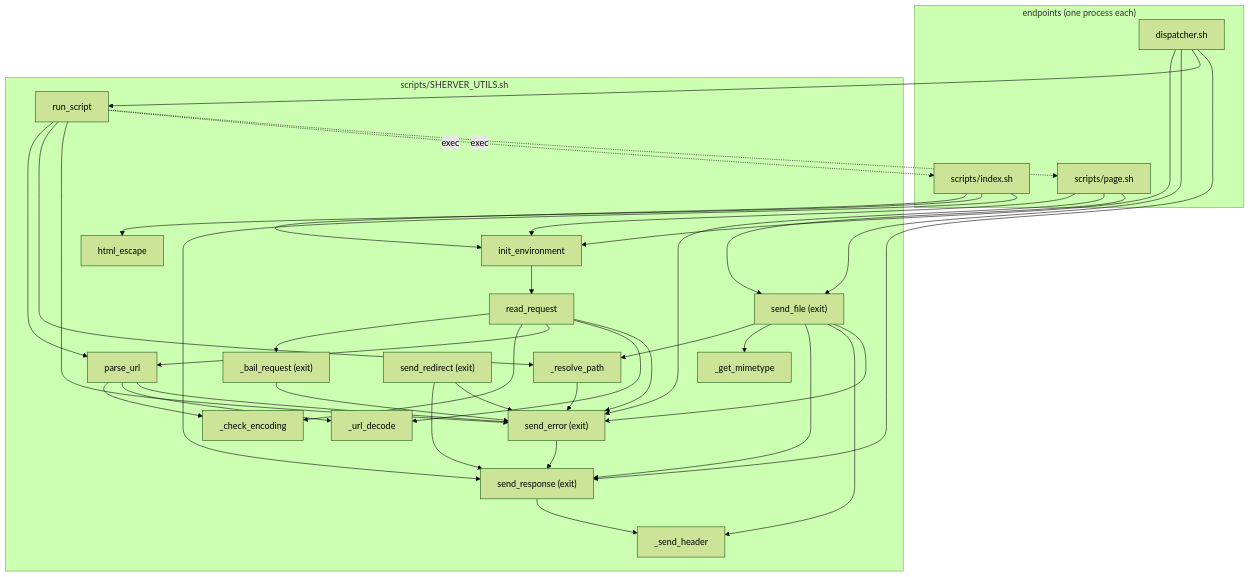
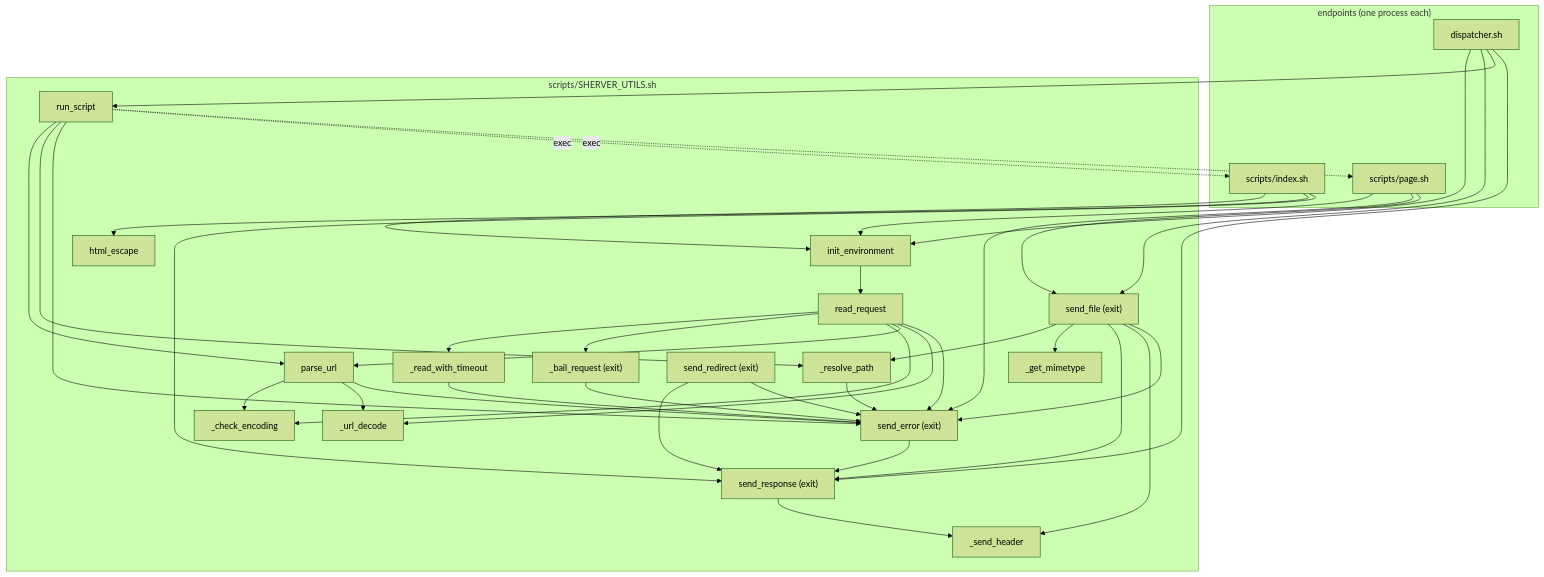
The diagram in docs/call-graph.md (remileduc/sherver), drawn with Mermaid (forest theme) before and after one commit. The commit also changed other lines of this file and 8 other files, not shown here.

````diff
--- a/docs/call-graph.md
+++ b/docs/call-graph.md
@@ -34,66 +38,69 @@
 ```mermaid
 flowchart TD
     subgraph endpoints ["endpoints (one process each)"]
         dispatcher[dispatcher.sh]
         index[scripts/index.sh]
         page[scripts/page.sh]
     end
 
     subgraph library ["scripts/SHERVER_UTILS.sh"]
         init_environment
         read_request
         bail_request["_bail_request (exit)"]
+        read_with_timeout[_read_with_timeout]
         parse_url
         check_encoding[_check_encoding]
         url_decode[_url_decode]
         resolve_path[_resolve_path]
         get_mimetype[_get_mimetype]
         html_escape
         send_header[_send_header]
         send_response["send_response (exit)"]
         send_file["send_file (exit)"]
         send_error["send_error (exit)"]
         send_redirect["send_redirect (exit)"]
         run_script
     end
 
     dispatcher --> init_environment
     dispatcher --> send_file
     dispatcher --> run_script
     dispatcher --> send_response
 
     init_environment --> read_request
+    read_request --> read_with_timeout
+    read_with_timeout --> send_error
     read_request --> bail_request
     read_request --> check_encoding
     read_request --> parse_url
     read_request --> url_decode
     read_request --> send_error
     bail_request --> send_error
     parse_url --> check_encoding
     parse_url --> url_decode
     parse_url --> send_error
 
     run_script --> parse_url
     run_script --> resolve_path
     run_script --> send_error
     run_script -. exec .-> index
     run_script -. exec .-> page
 
     index --> init_environment
     index --> html_escape
     index --> send_response
     page --> init_environment
     page --> send_error
     page --> send_file
 
     send_file --> resolve_path
     send_file --> get_mimetype
     send_file --> send_response
     send_file --> send_header
     send_file --> send_error
     resolve_path --> send_error
     send_error --> send_response
     send_redirect --> send_response
     send_redirect --> send_error
     send_response --> send_header
 ```
````
